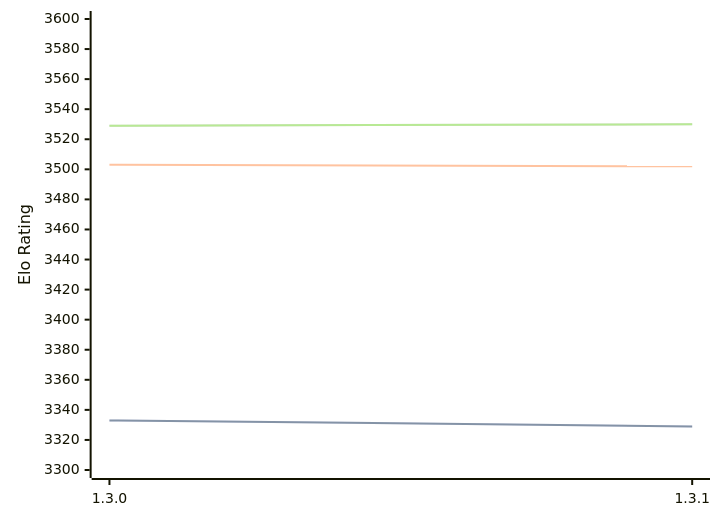
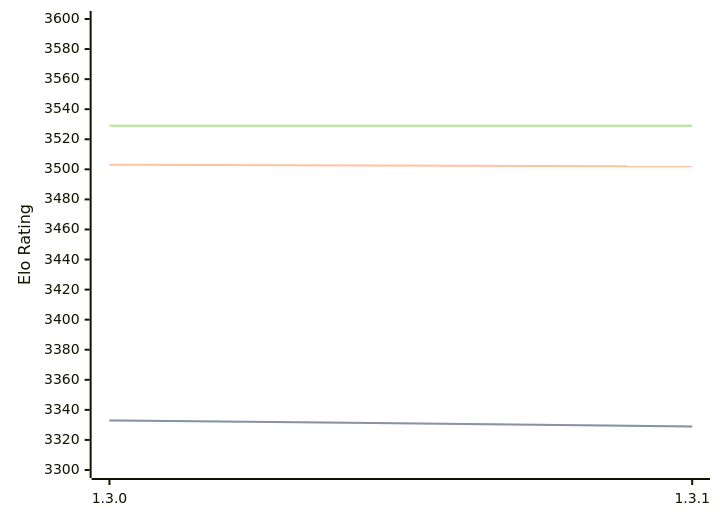
Before and after one commit to computer-chess-index/cci: the diagram in engines/Renegade.md, drawn with Mermaid. The commit also changed other lines of this file, not shown here.

Commit message:
Update CCI Ratings (ELO VLTC) - 2026-08-01

````diff
--- a/engines/Renegade.md
+++ b/engines/Renegade.md
@@ -42,11 +42,11 @@
 ```mermaid
 %%{init: {"theme":"base","themeVariables":{"seriesColors:['#a3a3a3','#222221','#faa371']}}}%%
 xychart-beta
   x-axis ["1.3.0", "1.3.1"]
   y-axis "Elo Rating" 3300 --> 3600
   line "STC (8.0+0.08s)" [3333, 3329]
   line "STC (8.0+0.08s)" [3333, 3329]
   line "LTC (60.0+0.60s)" [3503, 3502]
-  line "VLTC (2m24s+1.12s)" [3529, 3530]
-  line "VLTC (2m24s+1.12s)" [3529, 3530]
+  line "VLTC (2m24s+1.12s)" [3529, 3529]
+  line "VLTC (2m24s+1.12s)" [3529, 3529]
 ```
````
